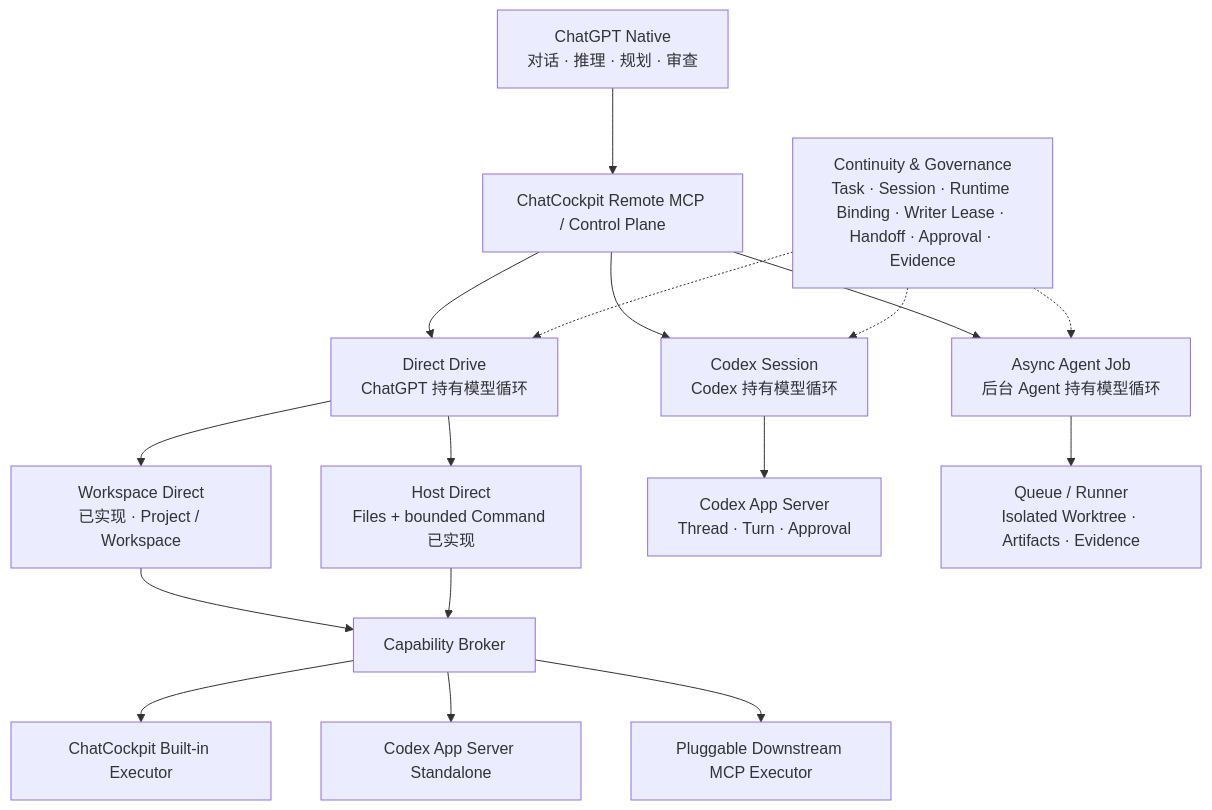
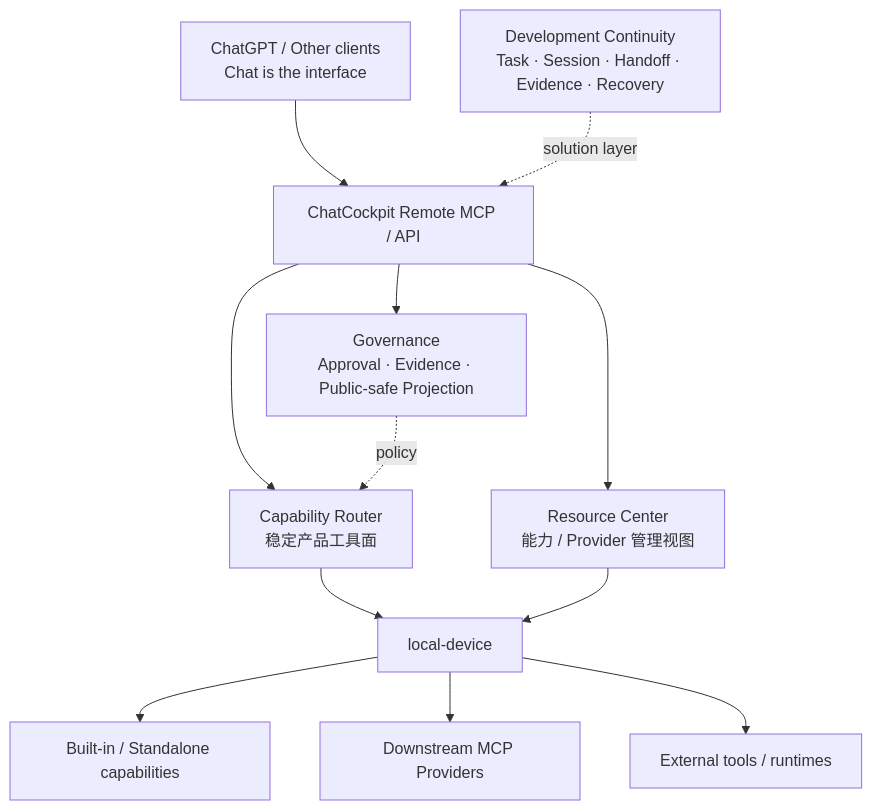
One commit to wuaishare/ChatCockpit changed the diagram in README.md. Above: the diagram before and after it, drawn with Mermaid. The commit also changed other lines of this file and 9 other files, not shown here.

Commit message:
重置 ChatCockpit 公共产品定位

````diff
--- a/README.md
+++ b/README.md
@@ -50,24 +25,18 @@
 ```mermaid
 flowchart TB
-    Chat["ChatGPT Native<br/>对话 · 推理 · 规划 · 审查"] --> MCP["ChatCockpit Remote MCP / Control Plane"]
+    Chat["ChatGPT / Other clients<br/>Chat is the interface"] --> MCP["ChatCockpit Remote MCP / API"]
 
-    MCP --> Direct["Direct Drive<br/>ChatGPT 持有模型循环"]
-    MCP --> Codex["Codex Session<br/>Codex 持有模型循环"]
-    MCP --> Async["Async Agent Job<br/>后台 Agent 持有模型循环"]
+    MCP --> Router["Capability Router<br/>稳定产品工具面"]
+    MCP --> Center["Resource Center<br/>能力 / Provider 管理视图"]
+    MCP --> Gov["Governance<br/>Approval · Evidence · Public-safe Projection"]
 
-    Direct --> Workspace["Workspace Direct<br/>已实现 · Project / Workspace"]
-    Direct --> Host["Host Direct<br/>Files + bounded Command 已实现"]
+    Router --> Device["local-device"]
+    Center --> Device
+    Gov -. policy .-> Router
 
-    Workspace --> Broker["Capability Broker"]
-    Host --> Broker
-    Broker --> BuiltIn["ChatCockpit Built-in Executor"]
-    Broker --> Standalone["Codex App Server Standalone"]
-    Broker --> Downstream["Pluggable Downstream MCP Executor"]
+    Device --> P1["Built-in / Standalone capabilities"]
+    Device --> P2["Downstream MCP Providers"]
+    Device --> P3["External tools / runtimes"]
 
-    Codex --> AppServer["Codex App Server<br/>Thread · Turn · Approval"]
-    Async --> Runner["Queue / Runner<br/>Isolated Worktree · Artifacts · Evidence"]
-
-    Governance["Continuity & Governance<br/>Task · Session · Runtime Binding · Writer Lease · Handoff · Approval · Evidence"] -.-> Direct
-    Governance -.-> Codex
-    Governance -.-> Async
+    Dev["Development Continuity<br/>Task · Session · Handoff · Evidence · Recovery"] -. solution layer .-> MCP
 ```
````
